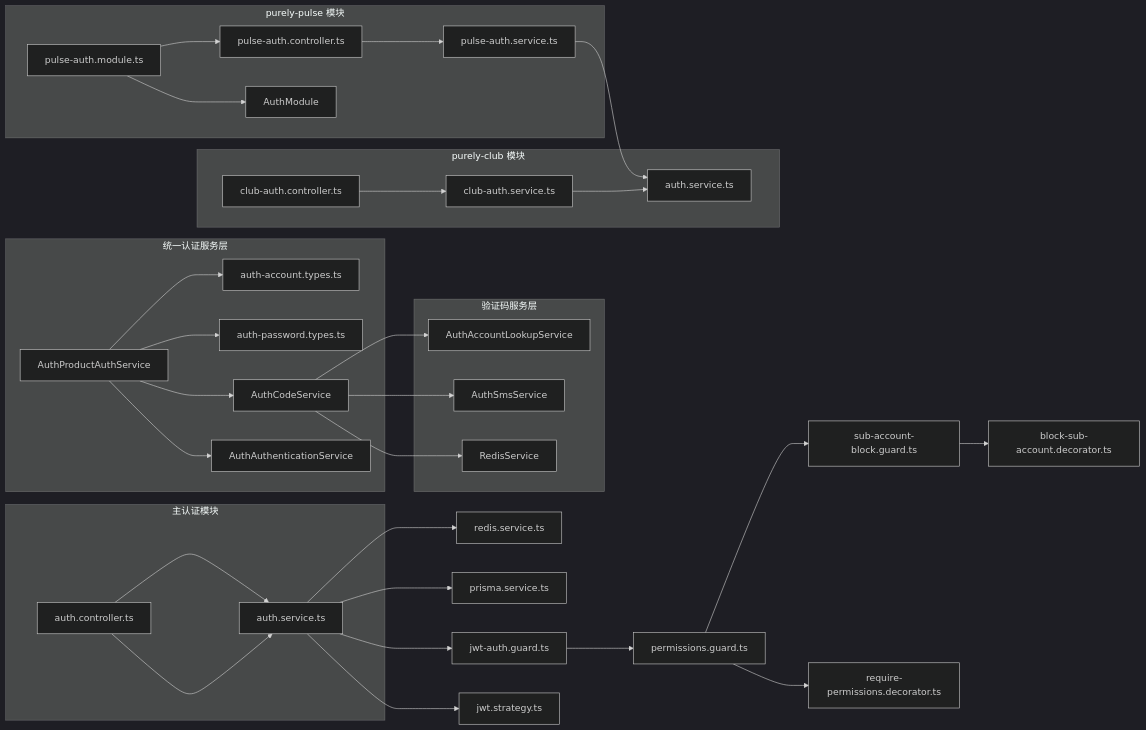
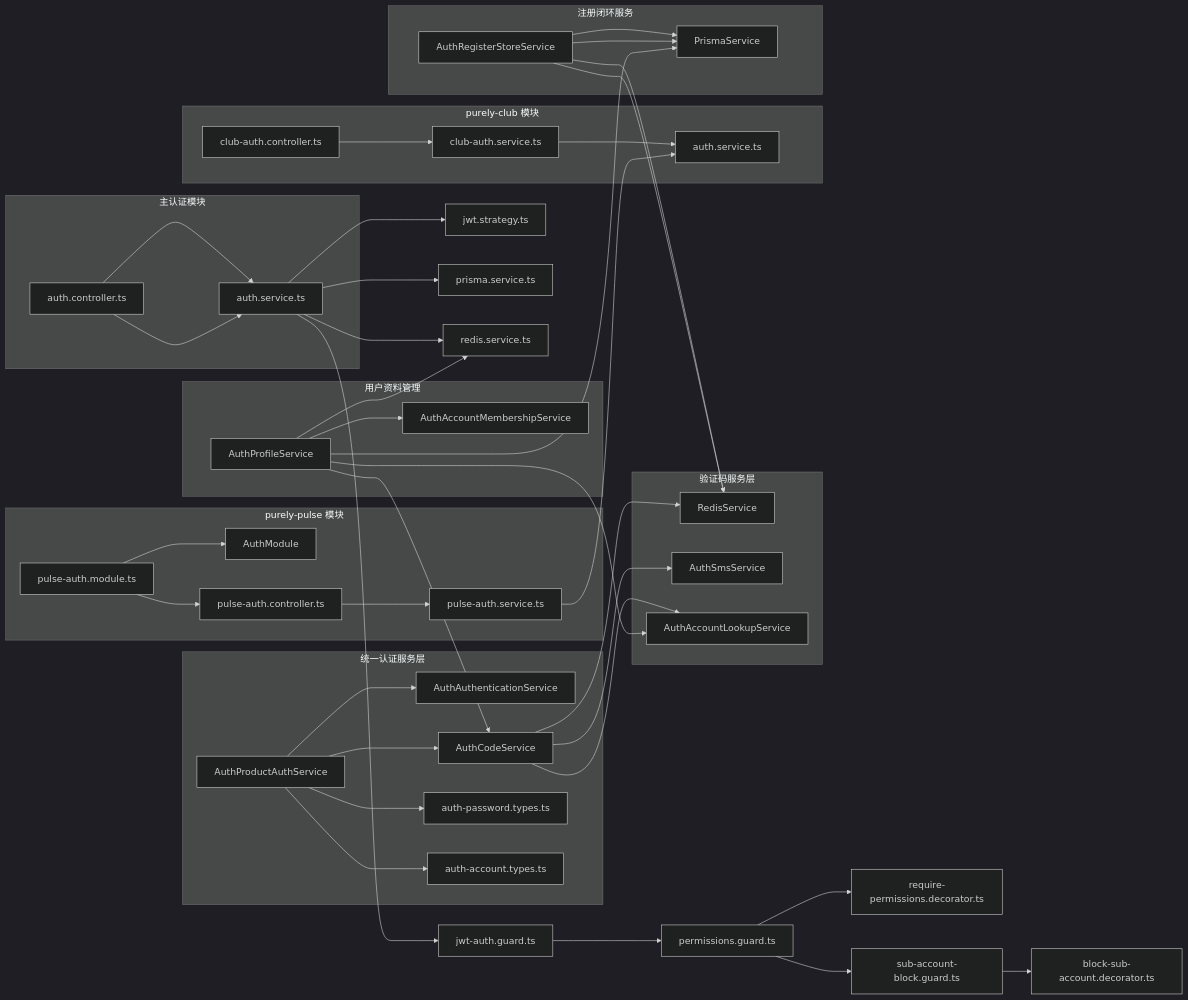
Before and after one commit to rc558620/purelyprofit-server: diagram 15 of 15 in .qoder/repowiki/zh/content/认证授权系统/认证授权系统.md, drawn with Mermaid (dark theme). The commit also changed other lines of this file and 16 other files, not shown here.

````diff
--- a/.qoder/repowiki/zh/content/认证授权系统/认证授权系统.md
+++ b/.qoder/repowiki/zh/content/认证授权系统/认证授权系统.md
@@ -740,35 +902,48 @@
 ```mermaid
 graph LR
 subgraph "统一认证服务层"
 APAS["AuthProductAuthService"] --> AAS["AuthAuthenticationService"]
 APAS --> ACS["AuthCodeService"]
 APAS --> AST["auth-password.types.ts"]
 APAS --> AAT["auth-account.types.ts"]
 end
 subgraph "验证码服务层"
 ACS --> RS["RedisService"]
 ACS --> ASS["AuthSmsService"]
 ACS --> AALS["AuthAccountLookupService"]
 end
 subgraph "purely-club 模块"
 CCtrl["club-auth.controller.ts"] --> CSvc["club-auth.service.ts"]
 CSvc --> MainSvc["auth.service.ts"]
 end
 subgraph "purely-pulse 模块"
 PAM["pulse-auth.module.ts"] --> AM["AuthModule"]
 PAM --> PCtrl["pulse-auth.controller.ts"] --> PSvc["pulse-auth.service.ts"]
 PSvc --> MainSvc
 end
 subgraph "主认证模块"
 Ctrl["auth.controller.ts"] --> Svc["auth.service.ts"]
 end
+subgraph "用户资料管理"
+UPS["AuthProfileService"] --> AALS["AuthAccountLookupService"]
+UPS --> AAMS["AuthAccountMembershipService"]
+UPS --> ACS
+end
+subgraph "注册闭环服务"
+ARS["AuthRegisterStoreService"] --> PRISMA["PrismaService"]
+ARS --> RS
+end
 Ctrl --> Svc
 Svc --> Strat["jwt.strategy.ts"]
 Svc --> Guard["jwt-auth.guard.ts"]
 Guard --> PermGuard["permissions.guard.ts"]
 PermGuard --> Decor["require-permissions.decorator.ts"]
 PermGuard --> SubGuard["sub-account-block.guard.ts"]
 SubGuard --> SubDecor["block-sub-account.decorator.ts"]
 Svc --> Prisma["prisma.service.ts"]
 Svc --> Redis["redis.service.ts"]
+ARS --> PRISMA
+ARS --> RS
+UPS --> PRISMA
+UPS --> Redis
 ```
````
